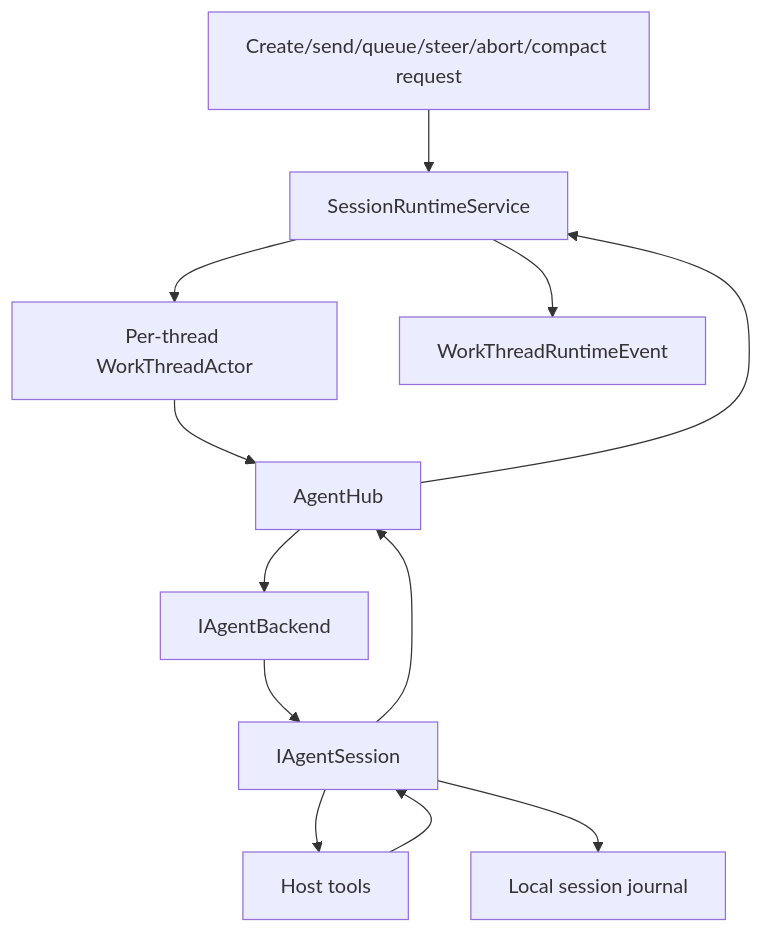
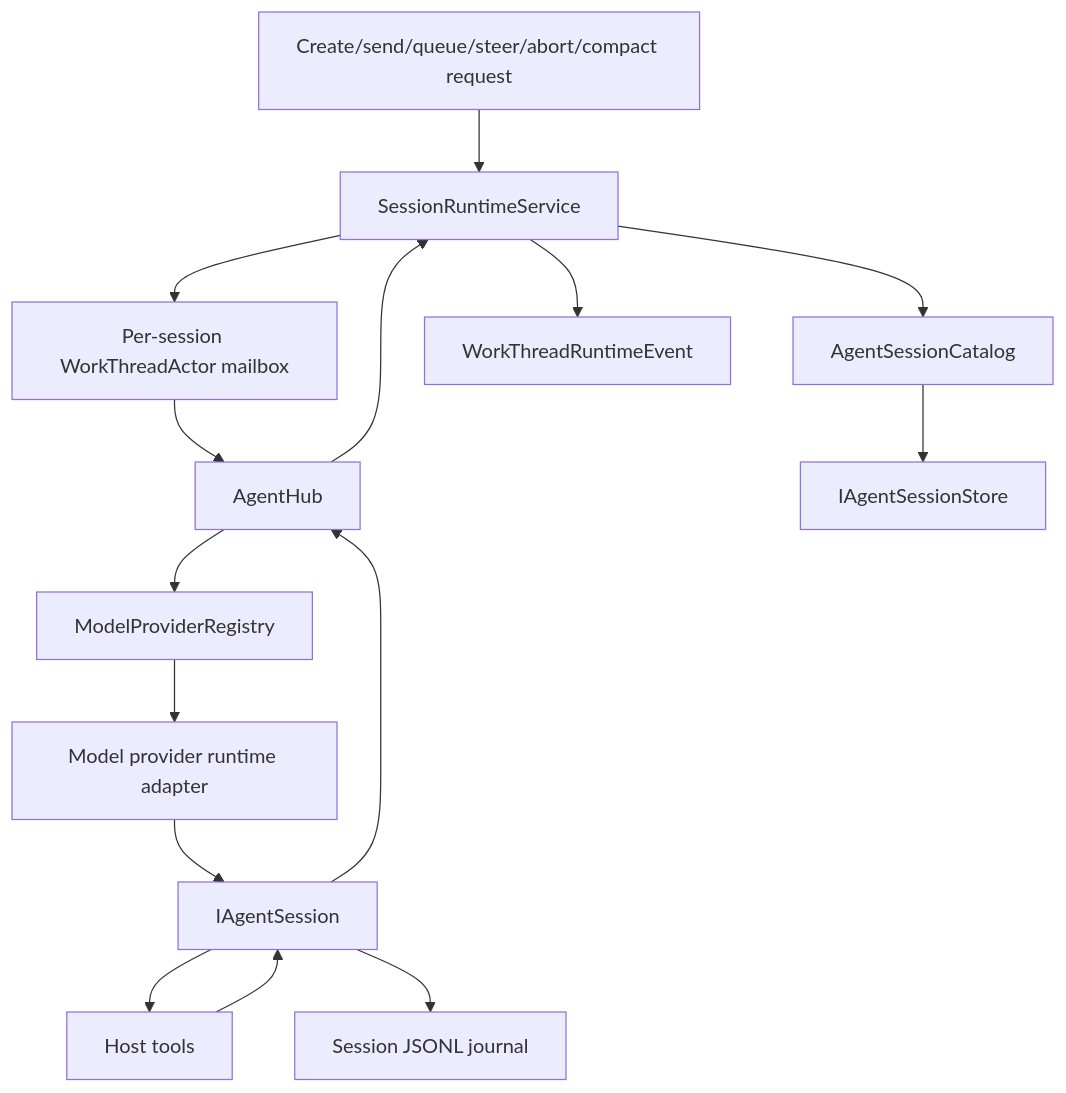
The diagram in doc/runtime.md (DavidAlphaFox/CodeAlta), drawn with Mermaid before and after one commit. The commit also changed other lines of this file and 80 other files, not shown here.

Commit message:
Update doc provider session terminology

````diff
--- a/doc/runtime.md
+++ b/doc/runtime.md
@@ -7,24 +7,30 @@
 ```mermaid
 flowchart TD
     Request[Create/send/queue/steer/abort/compact request]
     Service[SessionRuntimeService]
-    Actor[Per-thread WorkThreadActor]
+    Actor[Per-session WorkThreadActor mailbox]
     Hub[AgentHub]
-    Backend[IAgentBackend]
+    Registry[ModelProviderRegistry]
+    Provider[Model provider runtime adapter]
     Session[IAgentSession]
+    Catalog[AgentSessionCatalog]
+    Store[IAgentSessionStore]
     Tools[Host tools]
-    Journal[Local session journal]
+    Journal[Session JSONL journal]
     RuntimeEvents[WorkThreadRuntimeEvent]
 
     Request --> Service
     Service --> Actor
     Actor --> Hub
-    Hub --> Backend
-    Backend --> Session
+    Hub --> Registry
+    Registry --> Provider
+    Provider --> Session
     Session --> Tools
     Tools --> Session
     Session --> Journal
+    Catalog --> Store
+    Service --> Catalog
     Session --> Hub
     Hub --> Service
     Service --> RuntimeEvents
 ```
````
